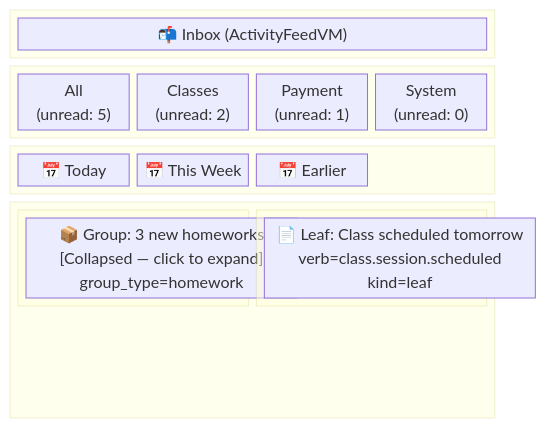
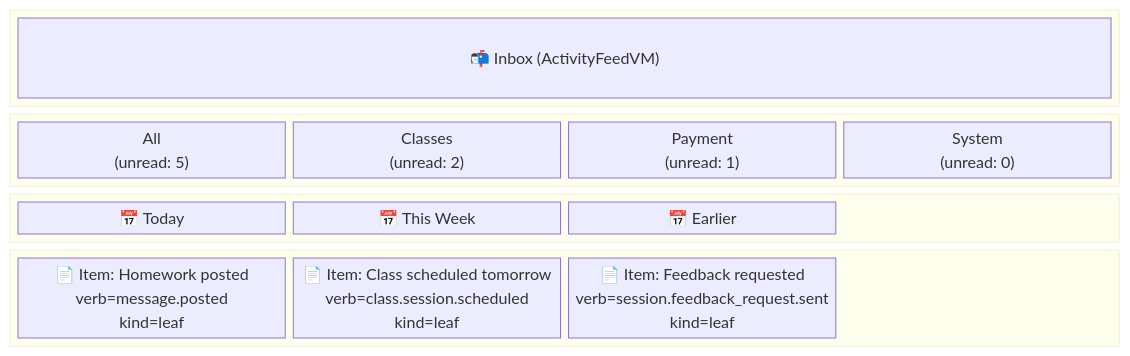
Diagram 29 of 31 in docs/architecture/feature-diagrams.md (heidisoft/iconicedu-monorepo), drawn with Mermaid before and after one commit. The commit also changed other lines of this file and 39 other files, not shown here.

````diff
--- a/docs/architecture/feature-diagrams.md
+++ b/docs/architecture/feature-diagrams.md
@@ -1490,27 +1476,25 @@
 ```mermaid
 block-beta
     columns 4
     block:inbox:4
         I["📬 Inbox (ActivityFeedVM)"]
     end
     block:tabs:4
         T1["All\n(unread: 5)"]
         T2["Classes\n(unread: 2)"]
         T3["Payment\n(unread: 1)"]
         T4["System\n(unread: 0)"]
     end
     block:sections:4
         S1["📅 Today"]
         S2["📅 This Week"]
         S3["📅 Earlier"]
         space
     end
     block:items:4
-        block:group1:2
-            G["📦 Group: 3 new homeworks\n[Collapsed — click to expand]\ngroup_type=homework"]
-        end
-        block:leaf1:2
-            L["📄 Leaf: Class scheduled tomorrow\nverb=class.session.scheduled\nkind=leaf"]
-        end
+        L1["📄 Item: Homework posted\nverb=message.posted\nkind=leaf"]
+        L2["📄 Item: Class scheduled tomorrow\nverb=class.session.scheduled\nkind=leaf"]
+        L3["📄 Item: Feedback requested\nverb=session.feedback_request.sent\nkind=leaf"]
+        space
     end
 ```
````
